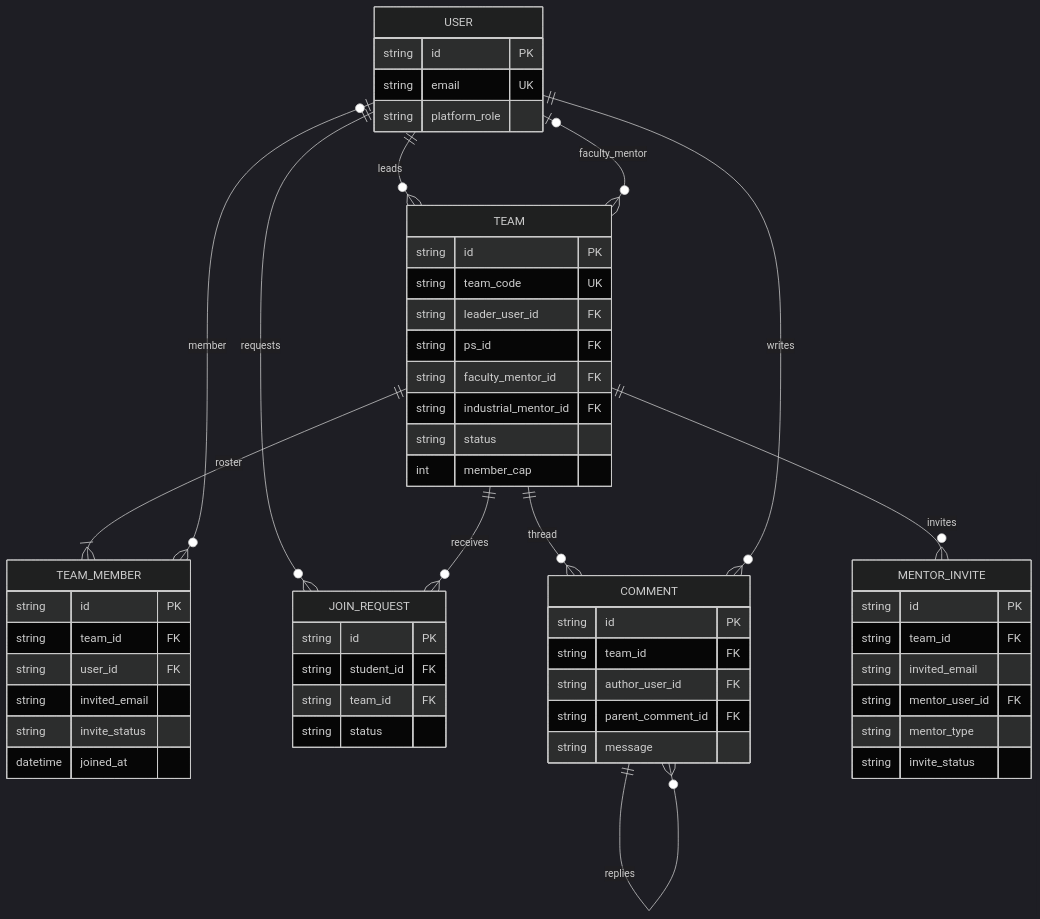
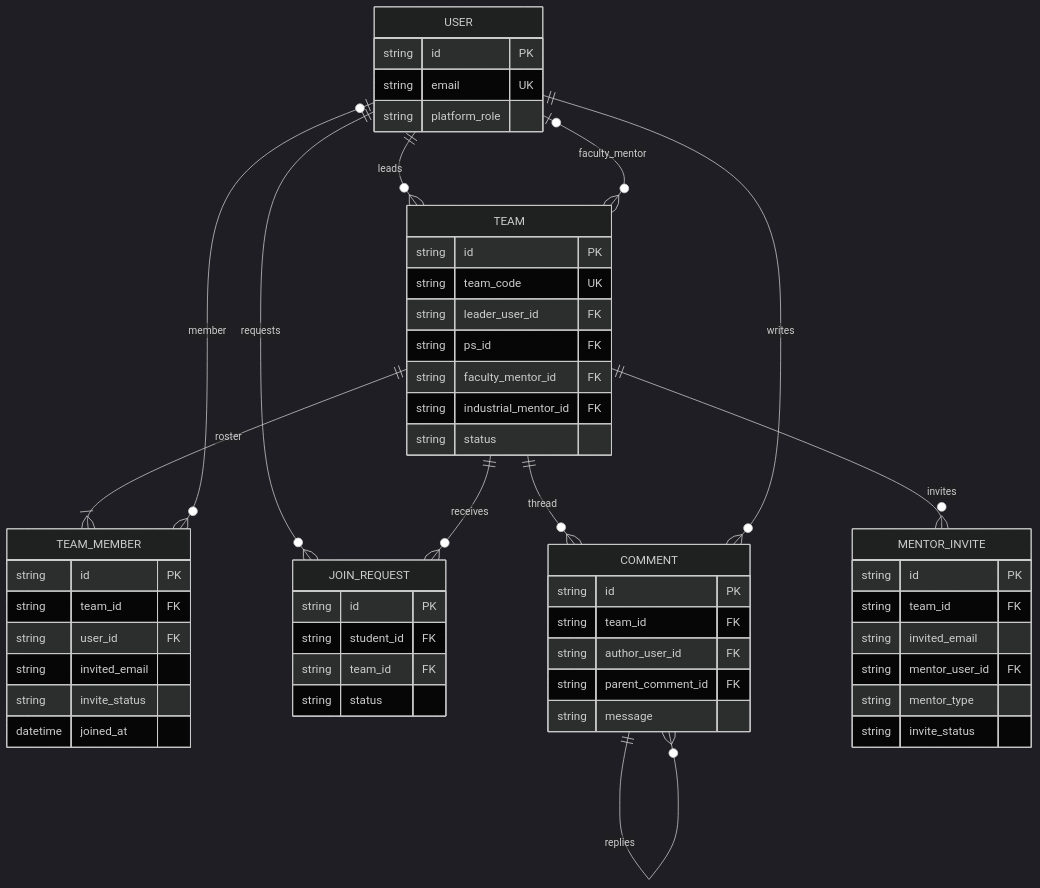
Before and after one commit to AtharvaJadhav1/Prabodh: the diagram in docs/diagrams/03-teams.mmd, drawn with Mermaid (dark theme). The commit also changed 34 other files, not shown here.

First line of the commit message:
feat(teams): remove the team member cap project-wide

```diff
--- a/docs/diagrams/03-teams.mmd
+++ b/docs/diagrams/03-teams.mmd
@@ -1,61 +1,60 @@
 erDiagram
   USER ||--o{ TEAM : leads
   USER |o--o{ TEAM : faculty_mentor
   TEAM ||--|{ TEAM_MEMBER : roster
   USER |o--o{ TEAM_MEMBER : member
   USER ||--o{ JOIN_REQUEST : requests
   TEAM ||--o{ JOIN_REQUEST : receives
   TEAM ||--o{ COMMENT : thread
   USER ||--o{ COMMENT : writes
   COMMENT ||--o{ COMMENT : replies
   TEAM ||--o{ MENTOR_INVITE : invites
 
   USER {
     string id PK
     string email UK
     string platform_role
   }
 
   TEAM {
     string id PK
     string team_code UK
     string leader_user_id FK
     string ps_id FK
     string faculty_mentor_id FK
     string industrial_mentor_id FK
     string status
-    int member_cap
   }
 
   TEAM_MEMBER {
     string id PK
     string team_id FK
     string user_id FK
     string invited_email
     string invite_status
     datetime joined_at
   }
 
   JOIN_REQUEST {
     string id PK
     string student_id FK
     string team_id FK
     string status
   }
 
   COMMENT {
     string id PK
     string team_id FK
     string author_user_id FK
     string parent_comment_id FK
     string message
   }
 
   MENTOR_INVITE {
     string id PK
     string team_id FK
     string invited_email
     string mentor_user_id FK
     string mentor_type
     string invite_status
   }
```
